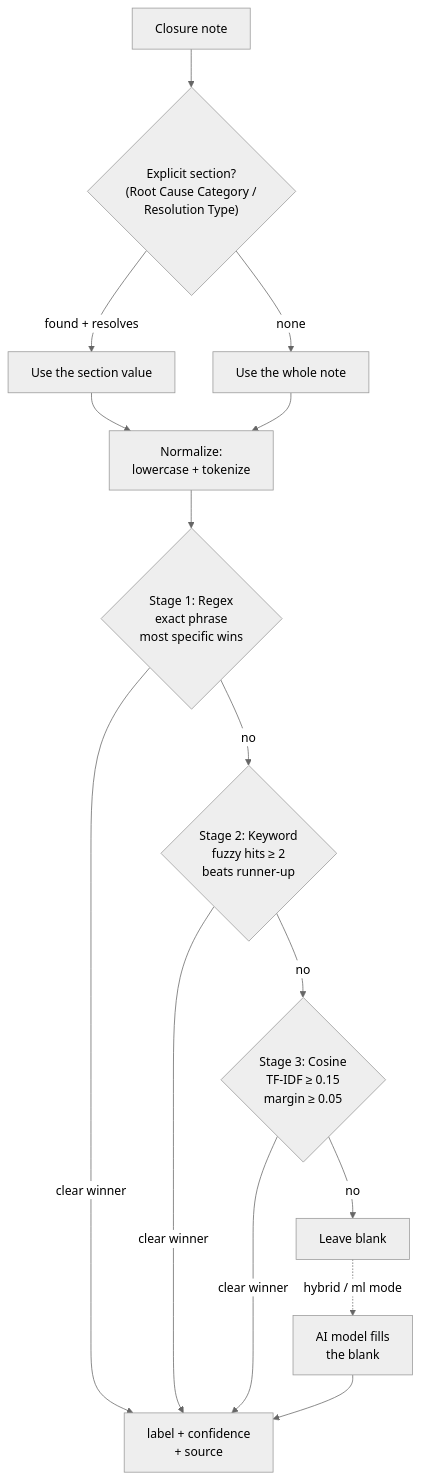
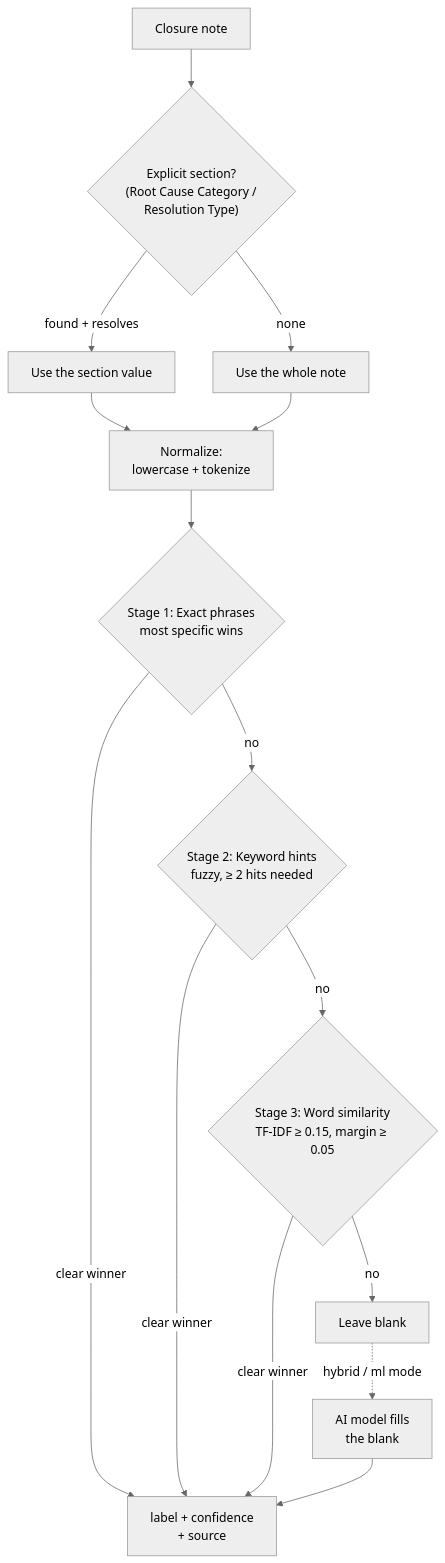
One commit to Abbas-Nagoor-Kani-BA/Autonomous-Reports-Engine changed the first of 2 diagrams in wiki/Classification-Algorithm.md. Above: the diagram before and after it, drawn with Mermaid (neutral theme). The commit also changed other lines of this file, not shown here.

````diff
--- a/wiki/Classification-Algorithm.md
+++ b/wiki/Classification-Algorithm.md
@@ -33,17 +33,17 @@
 ```mermaid
 flowchart TD
     NOTE["Closure note"] --> SEC{"Explicit section?<br/>(Root Cause Category /<br/>Resolution Type)"}
     SEC -->|"found + resolves"| VAL["Use the section value"]
     SEC -->|"none"| WHOLE["Use the whole note"]
     VAL --> NORM["Normalize:<br/>lowercase + tokenize"]
     WHOLE --> NORM
-    NORM --> S1{"Stage 1: Regex<br/>exact phrase<br/>most specific wins"}
+    NORM --> S1{"Stage 1: Exact phrases<br/>most specific wins"}
     S1 -->|"clear winner"| DONE["label + confidence<br/>+ source"]
-    S1 -->|"no"| S2{"Stage 2: Keyword<br/>fuzzy hits &ge; 2<br/>beats runner-up"}
+    S1 -->|"no"| S2{"Stage 2: Keyword hints<br/>fuzzy, &ge; 2 hits needed"}
     S2 -->|"clear winner"| DONE
-    S2 -->|"no"| S3{"Stage 3: Cosine<br/>TF-IDF &ge; 0.15<br/>margin &ge; 0.05"}
+    S2 -->|"no"| S3{"Stage 3: Word similarity<br/>TF-IDF &ge; 0.15, margin &ge; 0.05"}
     S3 -->|"clear winner"| DONE
     S3 -->|"no"| BLANK["Leave blank"]
     BLANK -.->|"hybrid / ml mode"| ML["AI model fills<br/>the blank"]
     ML --> DONE
 ```
````
